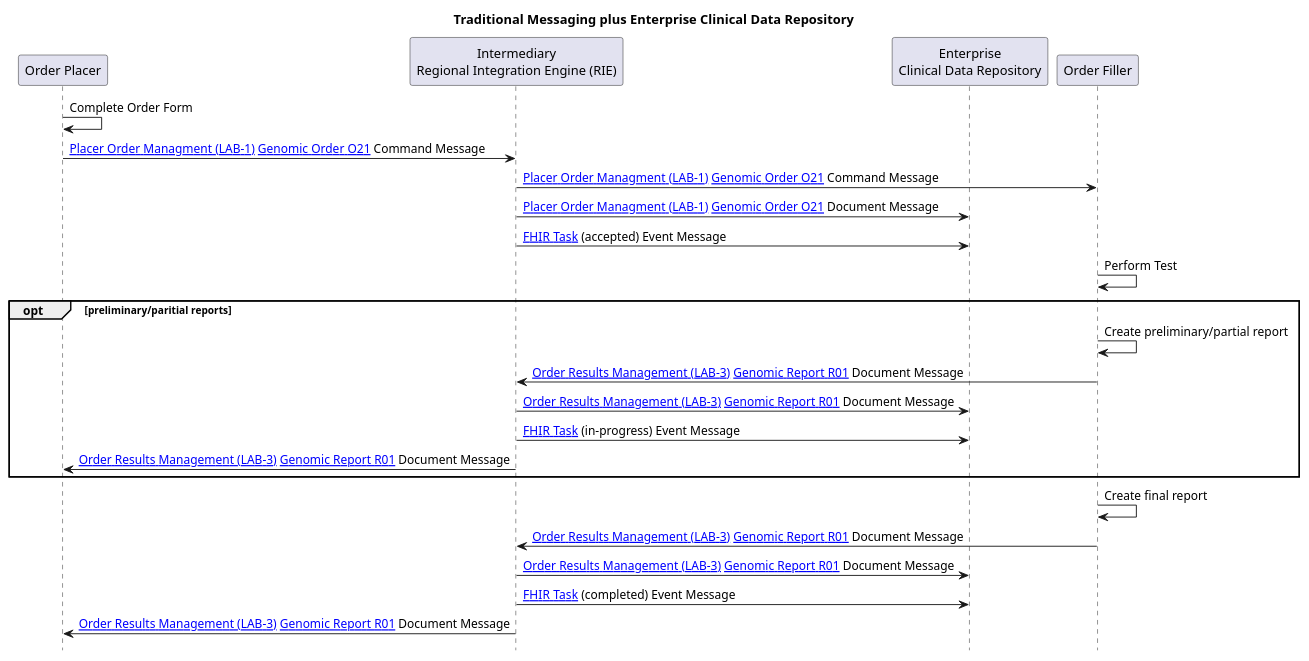
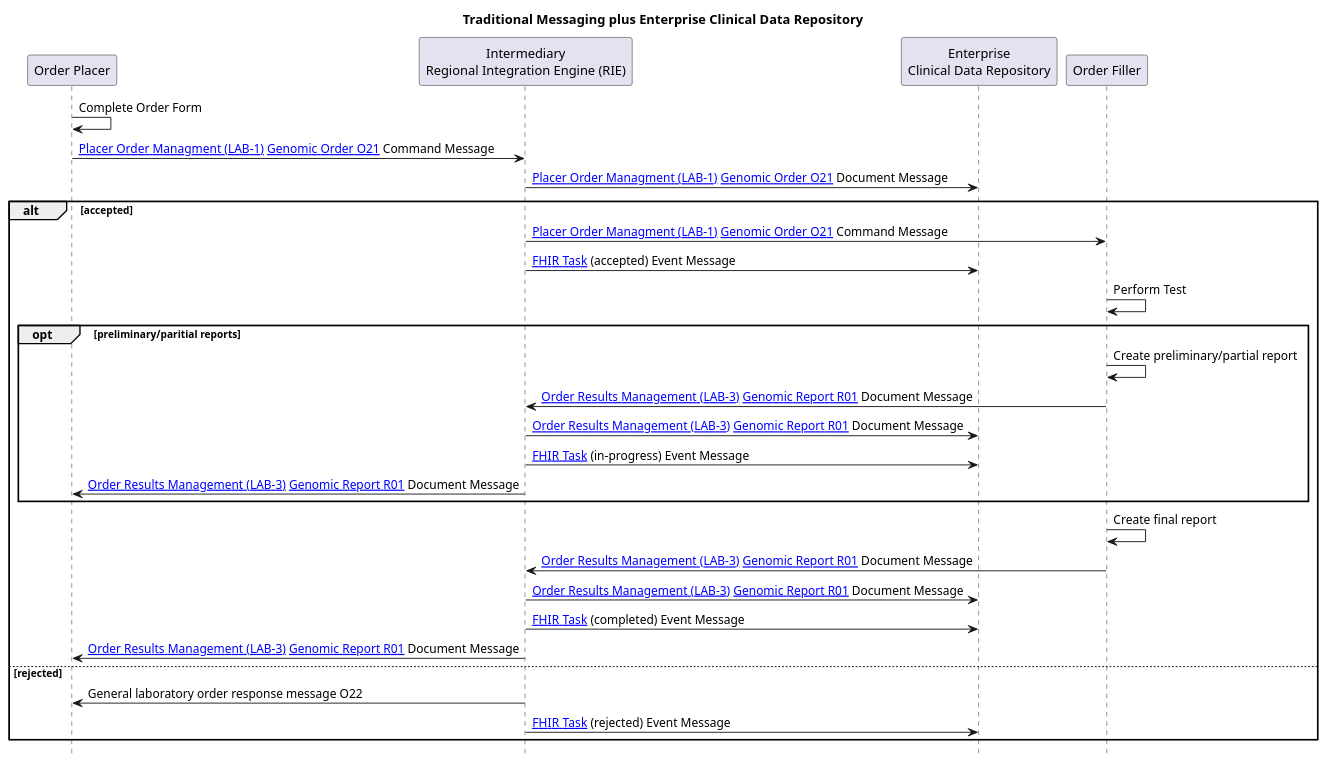
The diagram in input/images-source/LTW-cdr-sequence.plantuml (nw-gmsa/nw-gmsa.github.com), drawn with PlantUML before and after one commit. The commit also changed 1 other file, not shown here.

```diff
--- a/input/images-source/LTW-cdr-sequence.plantuml
+++ b/input/images-source/LTW-cdr-sequence.plantuml
@@ -1,39 +1,44 @@
 @startuml
 
 skinparam svgDimensionStyle false
 
 hide footbox
 
 title "Traditional Messaging plus Enterprise Clinical Data Repository"
 
 participant "Order Placer" as EPR
 participant "Intermediary\nRegional Integration Engine (RIE)" as TIE
 participant "Enterprise\nClinical Data Repository" as CDR
 participant "Order Filler" as LIMS
 
 
 EPR -> EPR: Complete Order Form
 EPR -> TIE: [[LAB-1.html Placer Order Managment (LAB-1)]] [[DDD-TestOrder.html Genomic Order O21]] Command Message
+TIE -> CDR: [[LAB-1.html Placer Order Managment (LAB-1)]] [[DDD-TestOrder.html Genomic Order O21]] Document Message
+alt accepted
 TIE -> LIMS: [[LAB-1.html Placer Order Managment (LAB-1)]] [[DDD-TestOrder.html Genomic Order O21]] Command Message
-TIE -> CDR: [[LAB-1.html Placer Order Managment (LAB-1)]] [[DDD-TestOrder.html Genomic Order O21]] Document Message
+
 TIE -> CDR: [[StructureDefinition-Task.html FHIR Task]] (accepted) Event Message
 
 LIMS -> LIMS: Perform Test
 
 opt preliminary/paritial reports
 LIMS -> LIMS: Create preliminary/partial report
 LIMS -> TIE: [[LAB-3.html Order Results Management (LAB-3)]] [[DDD-TestReport.html Genomic Report R01]] Document Message
 TIE -> CDR: [[LAB-3.html Order Results Management (LAB-3)]] [[DDD-TestReport.html Genomic Report R01]] Document Message
 TIE -> CDR: [[StructureDefinition-Task.html FHIR Task]] (in-progress) Event Message
 TIE -> EPR: [[LAB-3.html Order Results Management (LAB-3)]] [[DDD-TestReport.html Genomic Report R01]] Document Message
 
 end
 
 LIMS -> LIMS: Create final report
 LIMS -> TIE: [[LAB-3.html Order Results Management (LAB-3)]] [[DDD-TestReport.html Genomic Report R01]] Document Message
 TIE -> CDR: [[LAB-3.html Order Results Management (LAB-3)]] [[DDD-TestReport.html Genomic Report R01]] Document Message
 TIE -> CDR: [[StructureDefinition-Task.html FHIR Task]] (completed) Event Message
 
 TIE -> EPR: [[LAB-3.html Order Results Management (LAB-3)]] [[DDD-TestReport.html Genomic Report R01]] Document Message
-
+else rejected
+TIE -> EPR: General laboratory order response message O22
+TIE -> CDR: [[StructureDefinition-Task.html FHIR Task]] (rejected) Event Message
+end
 @enduml
```
